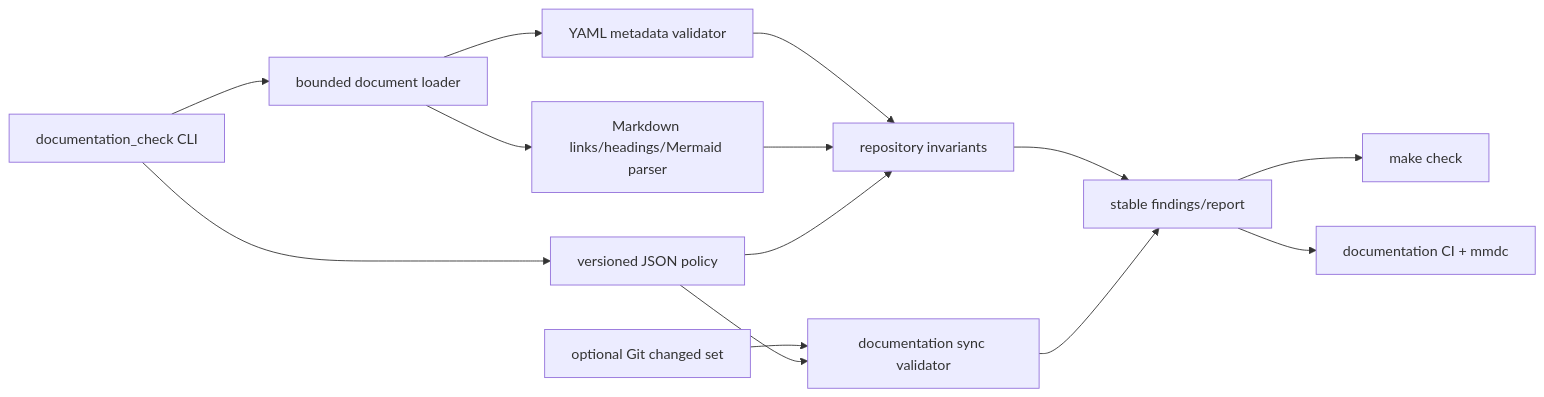
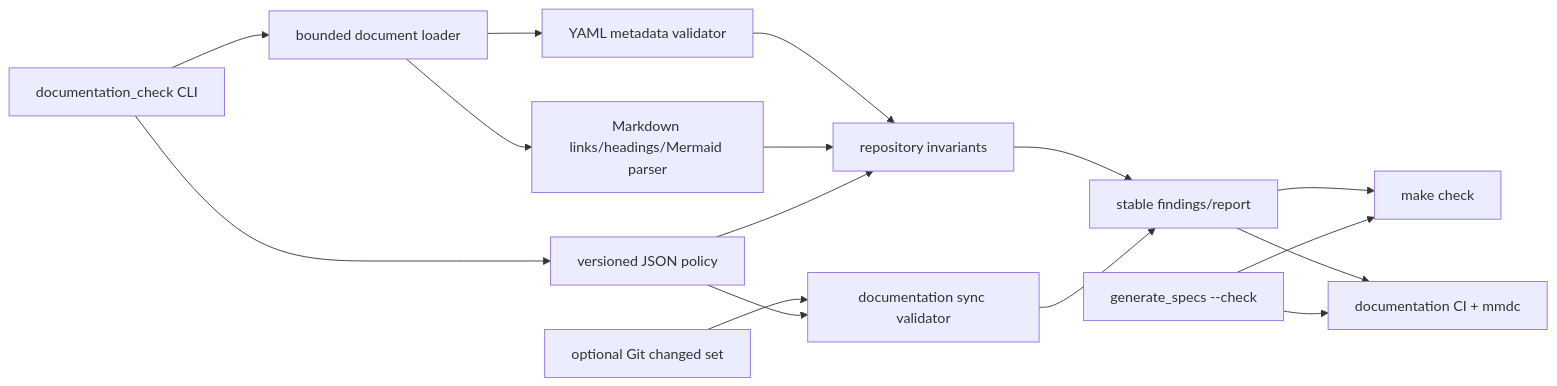
One commit to carrie1988/Harnessix changed the first of 2 diagrams in docs/changes/doc-1.6-automated-documentation-gates.md. Above: the diagram before and after it, drawn with Mermaid. The commit also changed other lines of this file and 5 other files, not shown here.

````diff
--- a/docs/changes/doc-1.6-automated-documentation-gates.md
+++ b/docs/changes/doc-1.6-automated-documentation-gates.md
@@ -65,16 +67,18 @@
 ```mermaid
 flowchart LR
     CLI[documentation_check CLI] --> Policy[versioned JSON policy]
     CLI --> Loader[bounded document loader]
     Loader --> YAML[YAML metadata validator]
     Loader --> MD[Markdown links/headings/Mermaid parser]
     YAML --> Repo[repository invariants]
     MD --> Repo
     Git[optional Git changed set] --> Sync[documentation sync validator]
     Policy --> Repo
     Policy --> Sync
     Repo --> Report[stable findings/report]
     Sync --> Report
     Report --> Make[make check]
     Report --> CI[documentation CI + mmdc]
+    Specs[generate_specs --check] --> Make
+    Specs --> CI
 ```
````
